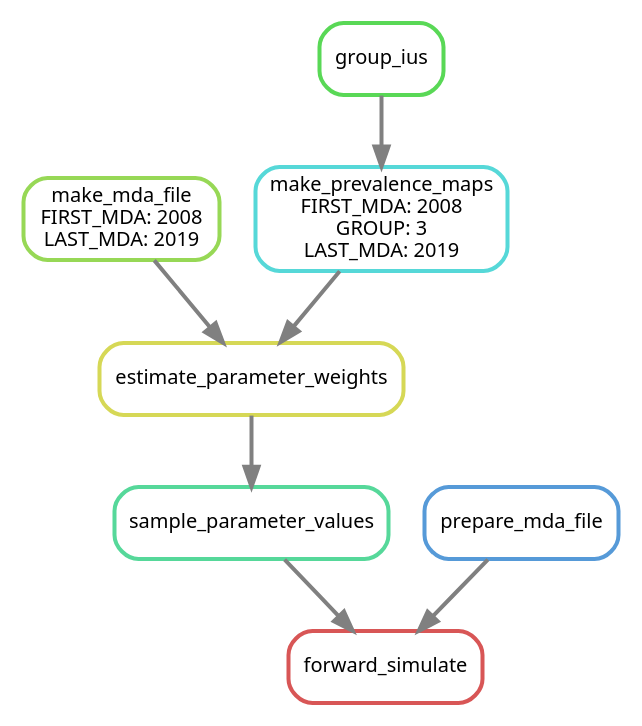
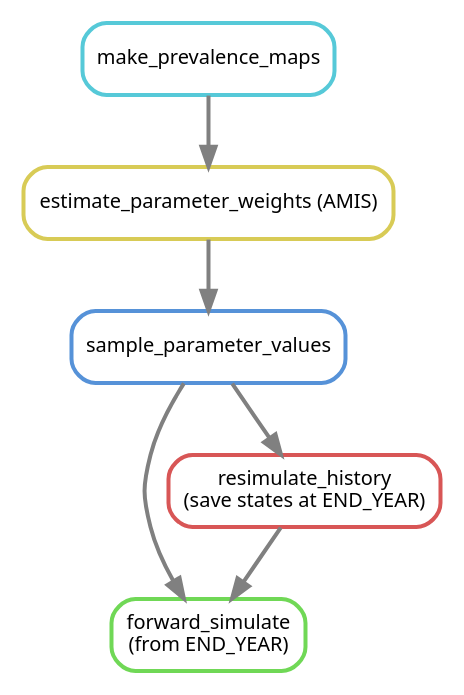
One commit to tlestang/ntdmc_snakemake_pipeline changed the diagram in img/simplified_dag.dot. Above: the diagram before and after it, drawn with Graphviz. The commit also changed 3 other files, not shown here.

Commit message:
Update graphs in readme

```diff
--- a/img/simplified_dag.dot
+++ b/img/simplified_dag.dot
@@ -1,18 +1,15 @@
 digraph snakemake_dag {
     graph[bgcolor=white, margin=0];
     node[shape=box, style=rounded, fontname=sans,                 fontsize=10, penwidth=2];
     edge[penwidth=2, color=grey];
-	0[label = "forward_simulate", color = "0.00 0.6 0.85", style="rounded"];
-	1[label = "sample_parameter_values", color = "0.42 0.6 0.85", style="rounded"];
-	2[label = "estimate_parameter_weights", color = "0.17 0.6 0.85", style="rounded"];
-	3[label = "make_mda_file\nFIRST_MDA: 2008\nLAST_MDA: 2019", color = "0.25 0.6 0.85", style="rounded"];
-	4[label = "make_prevalence_maps\nFIRST_MDA: 2008\nGROUP: 3\nLAST_MDA: 2019", color = "0.50 0.6 0.85", style="rounded"];
-	5[label = "group_ius", color = "0.33 0.6 0.85", style="rounded"];
-	6[label = "prepare_mda_file", color = "0.58 0.6 0.85", style="rounded"];
-	1 -> 0
-	6 -> 0
-	2 -> 1
-	3 -> 2
-	4 -> 2
-	5 -> 4
+	0[label = "forward_simulate\n(from END_YEAR)", color = "0.30 0.6 0.85", style="rounded"];
+	3[label = "sample_parameter_values", color = "0.59 0.6 0.85", style="rounded"];
+	4[label = "estimate_parameter_weights (AMIS)", color = "0.15 0.6 0.85", style="rounded"];
+	6[label = "make_prevalence_maps", color = "0.52 0.6 0.85", style="rounded"];
+	7[label = "resimulate_history\n(save states at END_YEAR)", color = "0.00 0.6 0.85", style="rounded"];
+	3 -> 0
+	7 -> 0
+	4 -> 3
+	6 -> 4
+	3 -> 7
 }            
```
